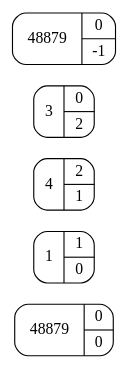
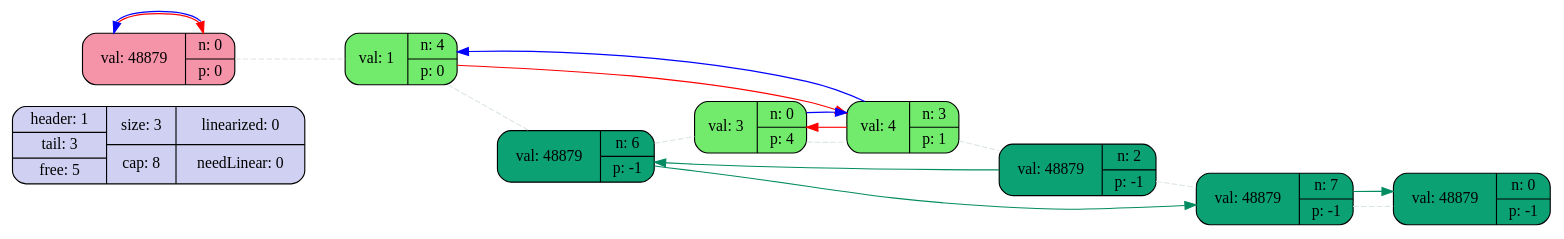
One commit to ThreadJava800/LinkedList changed the diagram in temp.dot. Above: the diagram before and after it, drawn with Graphviz. The commit also changed 6 other files, not shown here.

Commit message:
Finished graphViz

```diff
--- a/temp.dot
+++ b/temp.dot
@@ -1,8 +1,20 @@
 digraph structs {
 	rankdir=LR;
-	label0[shape=record, style=rounded, label="{48879 | {0 | 0} }"];
-	label1[shape=record, style=rounded, label="{1 | {1 | 0} }"];
-	label2[shape=record, style=rounded, label="{4 | {2 | 1} }"];
-	label3[shape=record, style=rounded, label="{3 | {0 | 2} }"];
-	label4[shape=record, style=rounded, label="{48879 | {0 | -1} }"];
+	info[shape=record, style="rounded, filled", fillcolor="#d0d1f2", label="{{header: 1 | tail: 3 | free: 5} |                     {size: 3 | cap: 8} | {linearized: 0 |needLinear: 0} }"];
+	label0[shape=record, style="rounded, filled", fillcolor="#f593a8", label="{val: 48879 | {n: 0 | p: 0} }"];
+	label1[shape=record, style="rounded, filled", fillcolor="#72eb6c", label="{val: 1 | {n: 4 | p: 0} }"];
+	label2[shape=record, style="rounded, filled", fillcolor="#0ba172", label="{val: 48879 | {n: 6 | p: -1} }"];
+	label3[shape=record, style="rounded, filled", fillcolor="#72eb6c", label="{val: 3 | {n: 0 | p: 4} }"];
+	label4[shape=record, style="rounded, filled", fillcolor="#72eb6c", label="{val: 4 | {n: 3 | p: 1} }"];
+	label5[shape=record, style="rounded, filled", fillcolor="#0ba172", label="{val: 48879 | {n: 2 | p: -1} }"];
+	label6[shape=record, style="rounded, filled", fillcolor="#0ba172", label="{val: 48879 | {n: 7 | p: -1} }"];
+	label7[shape=record, style="rounded, filled", fillcolor="#0ba172", label="{val: 48879 | {n: 0 | p: -1} }"];
+	label0->label1 [color="#dce6e3", style="dashed",arrowhead="none"]	label1->label2 [color="#dce6e3", style="dashed",arrowhead="none"]	label2->label3 [color="#dce6e3", style="dashed",arrowhead="none"]	label3->label4 [color="#dce6e3", style="dashed",arrowhead="none"]	label4->label5 [color="#dce6e3", style="dashed",arrowhead="none"]	label5->label6 [color="#dce6e3", style="dashed",arrowhead="none"]	label6->label7 [color="#dce6e3", style="dashed",arrowhead="none"]	label0->label0 [dir=both, color="red:blue"]
+	label1->label4 [color="red"]
+	label4->label3 [color="red"]
+	label4->label1 [color="blue"]
+	label3->label4 [color="blue"]
+	label5->label2 [color="#038c61"]
+	label2->label6 [color="#038c61"]
+	label6->label7 [color="#038c61"]
 }
```
